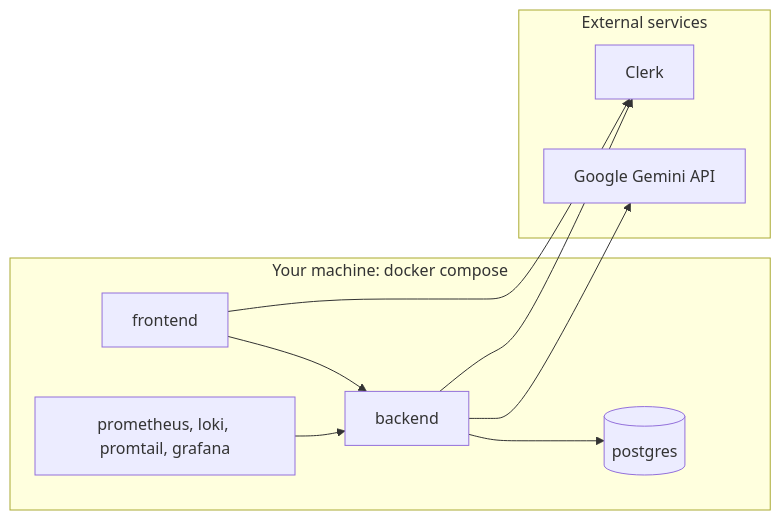
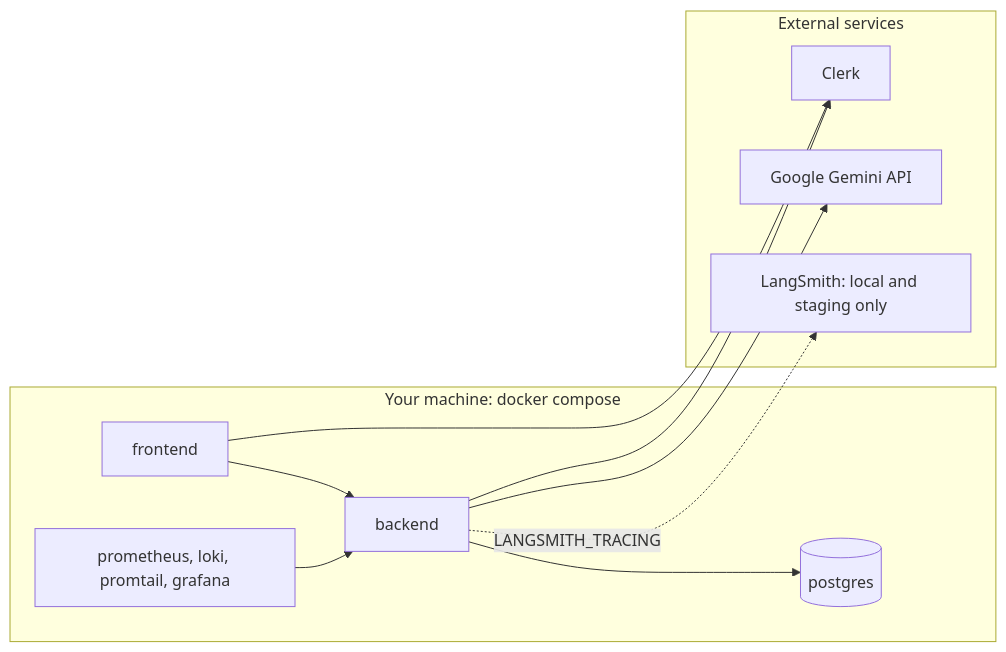
One commit to paulpolz/lingua-coach changed the diagram in docs/tech_requirements/hosting.md. Above: the diagram before and after it, drawn with Mermaid. The commit also changed other lines of this file and 36 other files, not shown here.

First line of the commit message:
Trace LLM calls to LangSmith outside production and add an eval suite

````diff
--- a/docs/tech_requirements/hosting.md
+++ b/docs/tech_requirements/hosting.md
@@ -7,19 +7,21 @@
 ```mermaid
 flowchart LR
   subgraph machine [Your machine: docker compose]
     fe[frontend]
     be[backend]
     pg[(postgres)]
     mon[prometheus, loki, promtail, grafana]
   end
   subgraph external [External services]
     clerk[Clerk]
     gemini[Google Gemini API]
+    langsmith[LangSmith: local and staging only]
   end
   fe --> clerk
   be --> clerk
   be --> gemini
+  be -.->|LANGSMITH_TRACING| langsmith
   fe --> be
   be --> pg
   mon --> be
 ```
````
